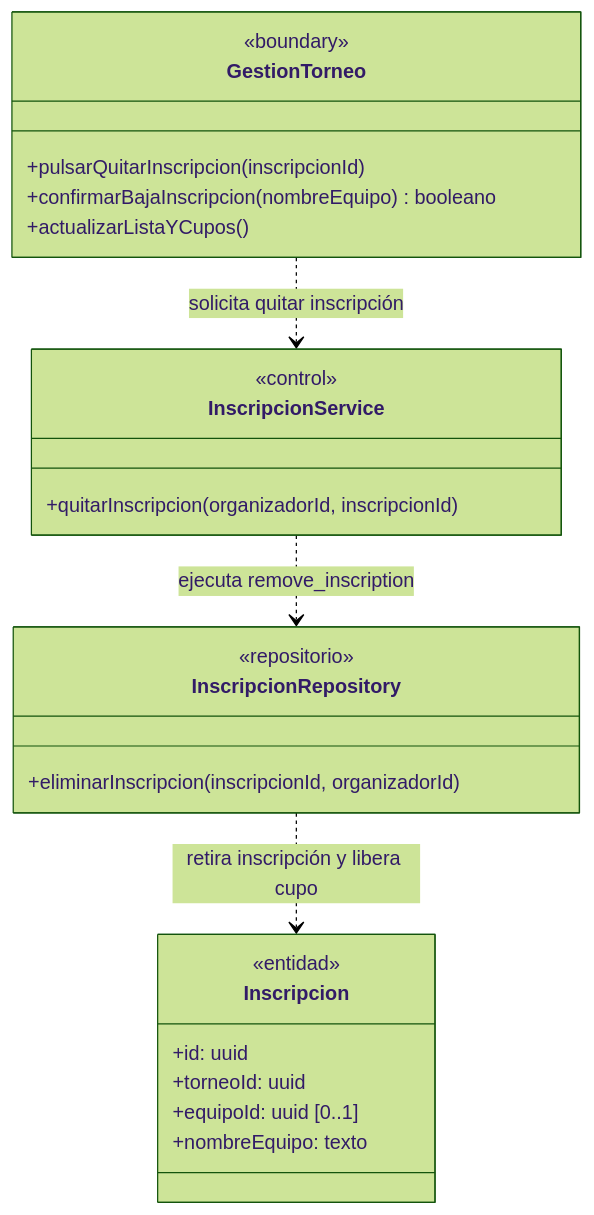
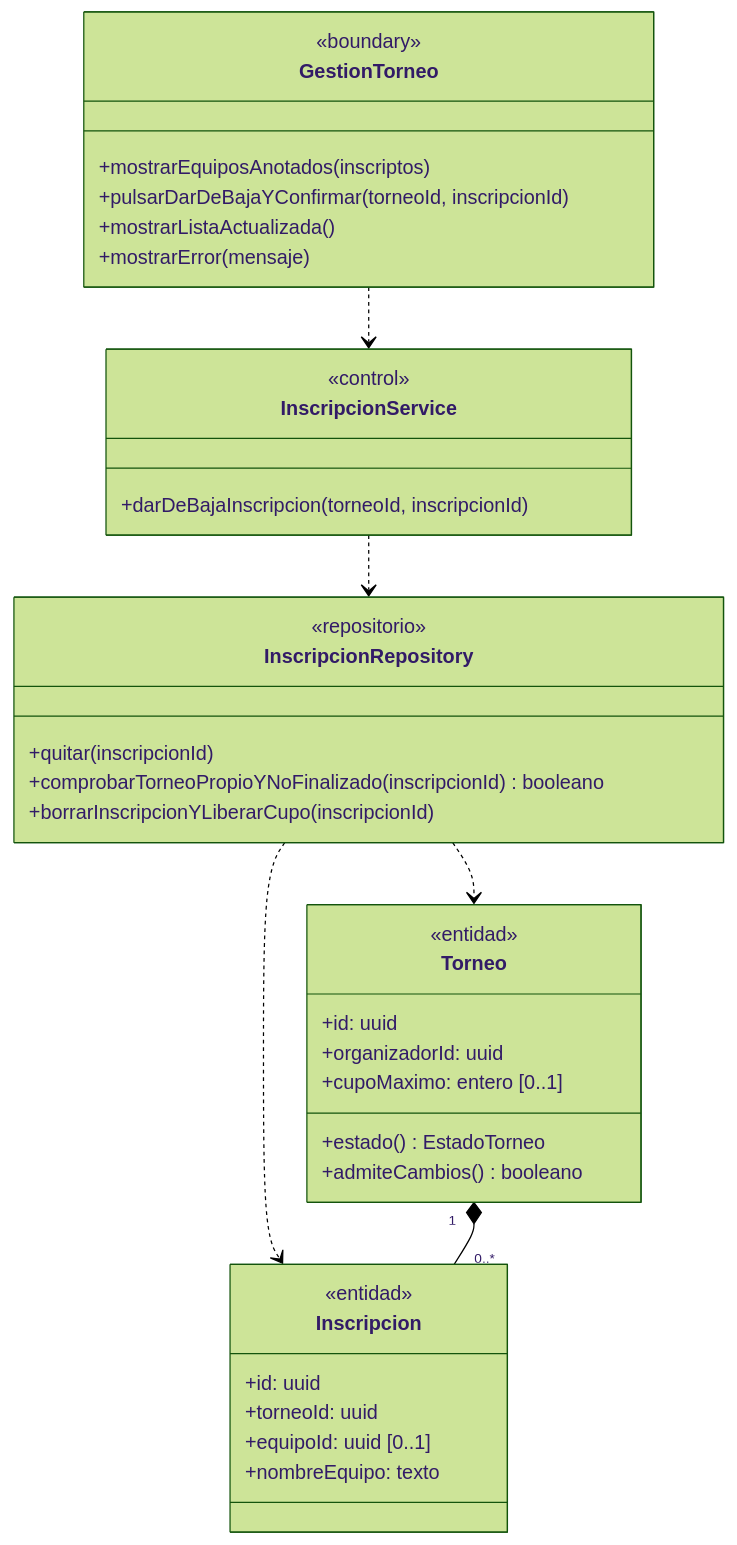
The eighth of 8 diagrams in docs/diagramas-de-clase/organizador.md (nicqletal/torneos-scraper), drawn with Mermaid (forest theme) before and after one commit. The commit also changed other lines of this file and 13 other files, not shown here.

````diff
--- a/docs/diagramas-de-clase/organizador.md
+++ b/docs/diagramas-de-clase/organizador.md
@@ -469,28 +567,40 @@
 ```mermaid
 classDiagram
-direction TB
 class GestionTorneo {
   <<boundary>>
-  +pulsarQuitarInscripcion(inscripcionId)
-  +confirmarBajaInscripcion(nombreEquipo) booleano
-  +actualizarListaYCupos()
+  +mostrarEquiposAnotados(inscriptos)
+  +pulsarDarDeBajaYConfirmar(torneoId, inscripcionId)
+  +mostrarListaActualizada()
+  +mostrarError(mensaje)
 }
 class InscripcionService {
   <<control>>
-  +quitarInscripcion(organizadorId, inscripcionId)
+  +darDeBajaInscripcion(torneoId, inscripcionId)
 }
 class InscripcionRepository {
   <<repositorio>>
-  +eliminarInscripcion(inscripcionId, organizadorId)
+  +quitar(inscripcionId)
+  +comprobarTorneoPropioYNoFinalizado(inscripcionId) booleano
+  +borrarInscripcionYLiberarCupo(inscripcionId)
+}
+class Torneo {
+  <<entidad>>
+  +id: uuid
+  +organizadorId: uuid
+  +cupoMaximo: entero [0..1]
+  +estado() EstadoTorneo
+  +admiteCambios() booleano
 }
 class Inscripcion {
   <<entidad>>
   +id: uuid
   +torneoId: uuid
   +equipoId: uuid [0..1]
   +nombreEquipo: texto
 }
-GestionTorneo ..> InscripcionService : solicita quitar inscripción
-InscripcionService ..> InscripcionRepository : ejecuta remove_inscription
-InscripcionRepository ..> Inscripcion : retira inscripción y libera cupo
+GestionTorneo ..> InscripcionService
+InscripcionService ..> InscripcionRepository
+InscripcionRepository ..> Torneo
+InscripcionRepository ..> Inscripcion
+Torneo "1" *-- "0..*" Inscripcion
 ```
````
